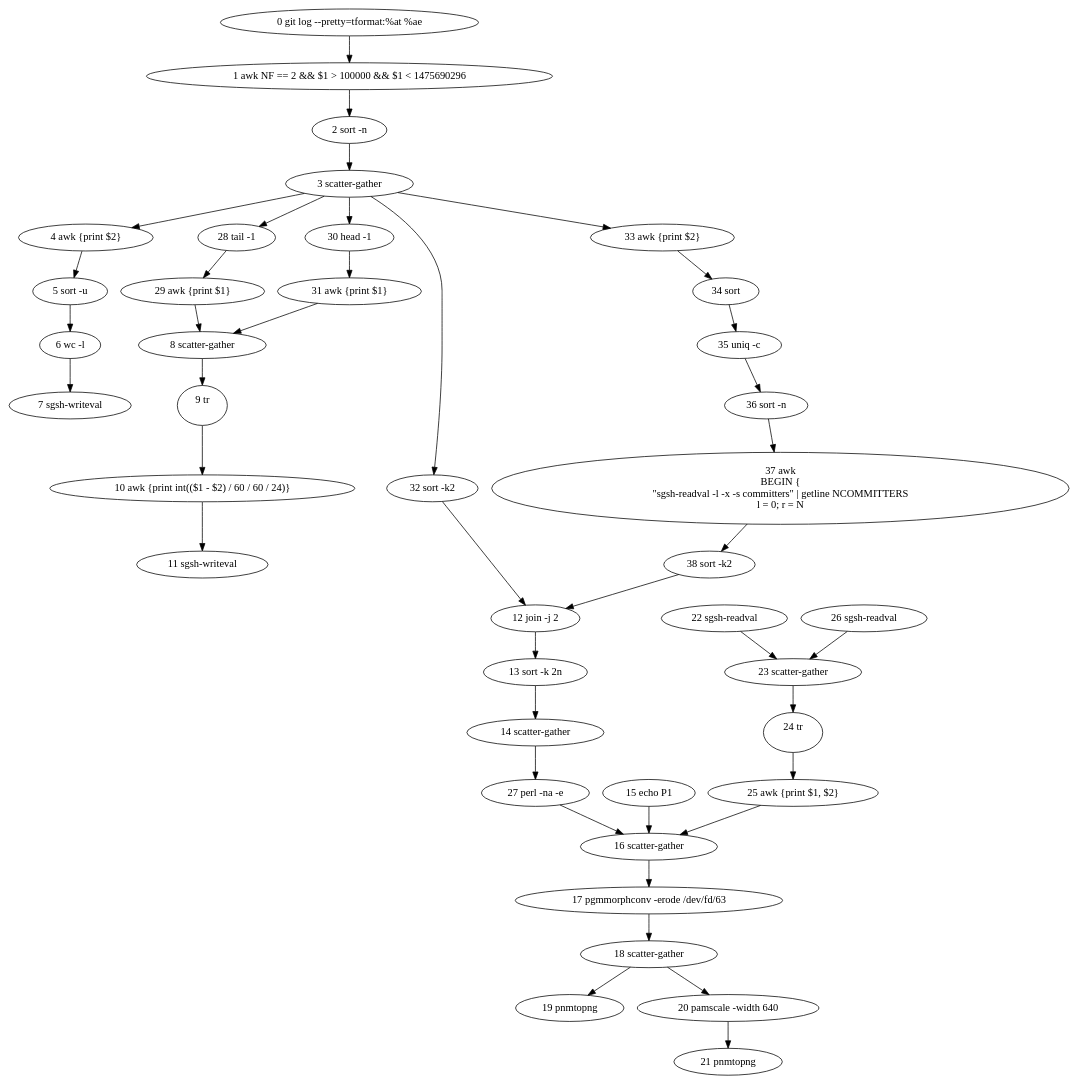
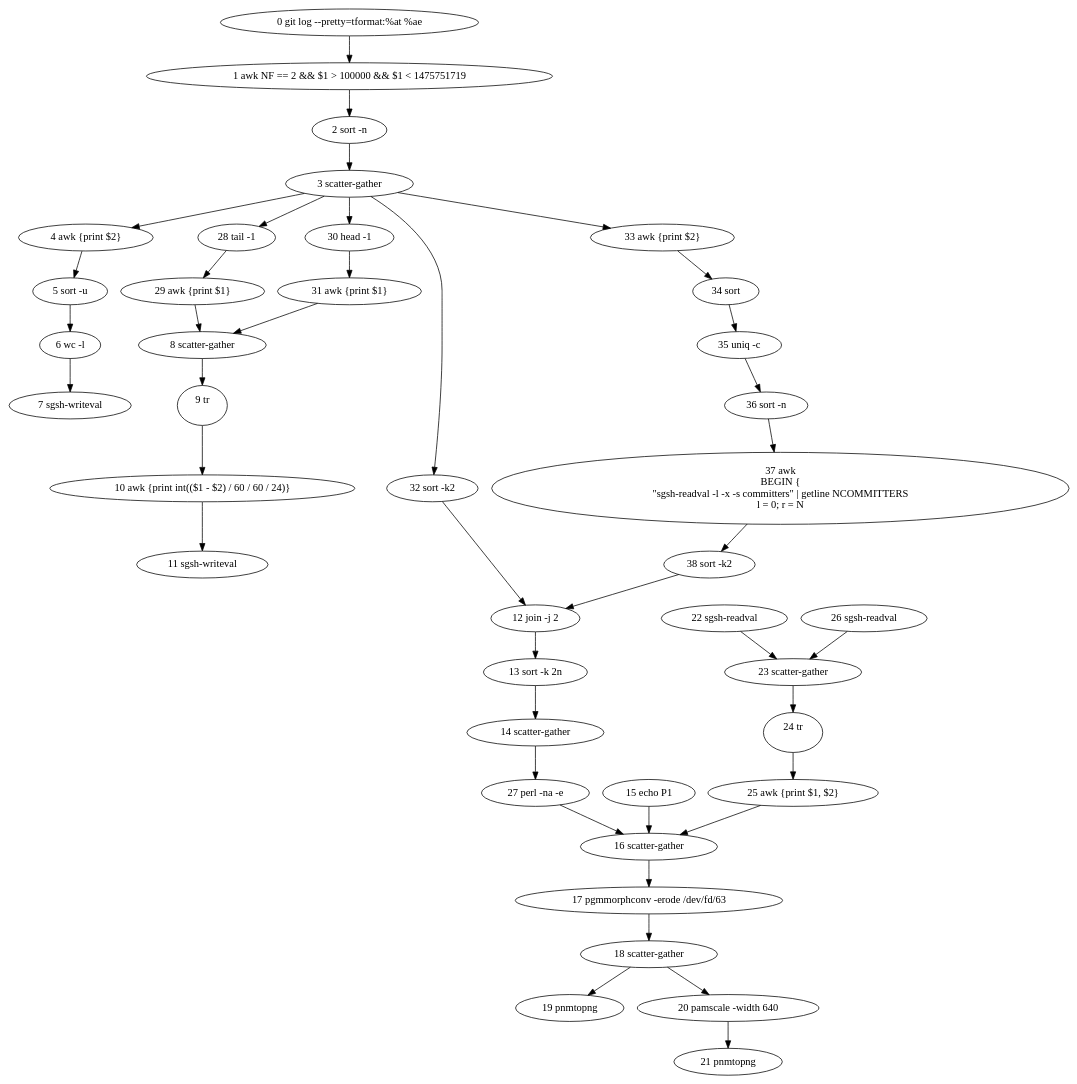
One commit to dspinellis/dgsh changed the diagram in example/committer-plot.dot. Above: the diagram before and after it, drawn with Graphviz. The commit also changed 19 other files, not shown here.

```diff
--- a/example/committer-plot.dot
+++ b/example/committer-plot.dot
@@ -1,84 +1,84 @@
 digraph {
 	n0 [label="0 git log --pretty=tformat:%at %ae"];
 	n0 -> n1;
-	n1 [label="1 awk NF == 2 && $1 > 100000 && $1 < 1475690296"];
+	n1 [label="1 awk NF == 2 && $1 > 100000 && $1 < 1475751719"];
 	n1 -> n2;
 	n2 [label="2 sort -n"];
 	n2 -> n3;
 	n3 [label="3 scatter-gather"];
 	n3 -> n4;
 	n3 -> n28;
 	n3 -> n30;
 	n3 -> n32;
 	n3 -> n33;
 	n4 [label="4 awk {print $2}"];
 	n4 -> n5;
 	n5 [label="5 sort -u"];
 	n5 -> n6;
 	n6 [label="6 wc -l"];
 	n6 -> n7;
 	n7 [label="7 sgsh-writeval"];
 	n8 [label="8 scatter-gather"];
 	n8 -> n9;
 	n9 [label="9 tr \n  "];
 	n9 -> n10;
 	n10 [label="10 awk {print int(($1 - $2) / 60 / 60 / 24)}"];
 	n10 -> n11;
 	n11 [label="11 sgsh-writeval"];
 	n12 [label="12 join -j 2"];
 	n12 -> n13;
 	n13 [label="13 sort -k 2n"];
 	n13 -> n14;
 	n14 [label="14 scatter-gather"];
 	n14 -> n27;
 	n15 [label="15 echo P1"];
 	n15 -> n16;
 	n16 [label="16 scatter-gather"];
 	n16 -> n17;
 	n17 [label="17 pgmmorphconv -erode /dev/fd/63"];
 	n17 -> n18;
 	n18 [label="18 scatter-gather"];
 	n18 -> n19;
 	n18 -> n20;
 	n19 [label="19 pnmtopng"];
 	n20 [label="20 pamscale -width 640"];
 	n20 -> n21;
 	n21 [label="21 pnmtopng"];
 	n22 [label="22 sgsh-readval"];
 	n22 -> n23;
 	n23 [label="23 scatter-gather"];
 	n23 -> n24;
 	n24 [label="24 tr \n  "];
 	n24 -> n25;
 	n25 [label="25 awk {print $1, $2}"];
 	n25 -> n16;
 	n26 [label="26 sgsh-readval"];
 	n26 -> n23;
 	n27 [label="27 perl -na -e"];
 	n27 -> n16;
 	n28 [label="28 tail -1"];
 	n28 -> n29;
 	n29 [label="29 awk {print $1}"];
 	n29 -> n8;
 	n30 [label="30 head -1"];
 	n30 -> n31;
 	n31 [label="31 awk {print $1}"];
 	n31 -> n8;
 	n32 [label="32 sort -k2"];
 	n32 -> n12;
 	n33 [label="33 awk {print $2}"];
 	n33 -> n34;
 	n34 [label="34 sort"];
 	n34 -> n35;
 	n35 [label="35 uniq -c"];
 	n35 -> n36;
 	n36 [label="36 sort -n"];
 	n36 -> n37;
 	n37 [label="37 awk 
 		BEGIN {
 			\"sgsh-readval -l -x -s committers\" | getline NCOMMITTERS
 			l = 0; r = N"];
 	n37 -> n38;
 	n38 [label="38 sort -k2"];
 	n38 -> n12;
 }
```
